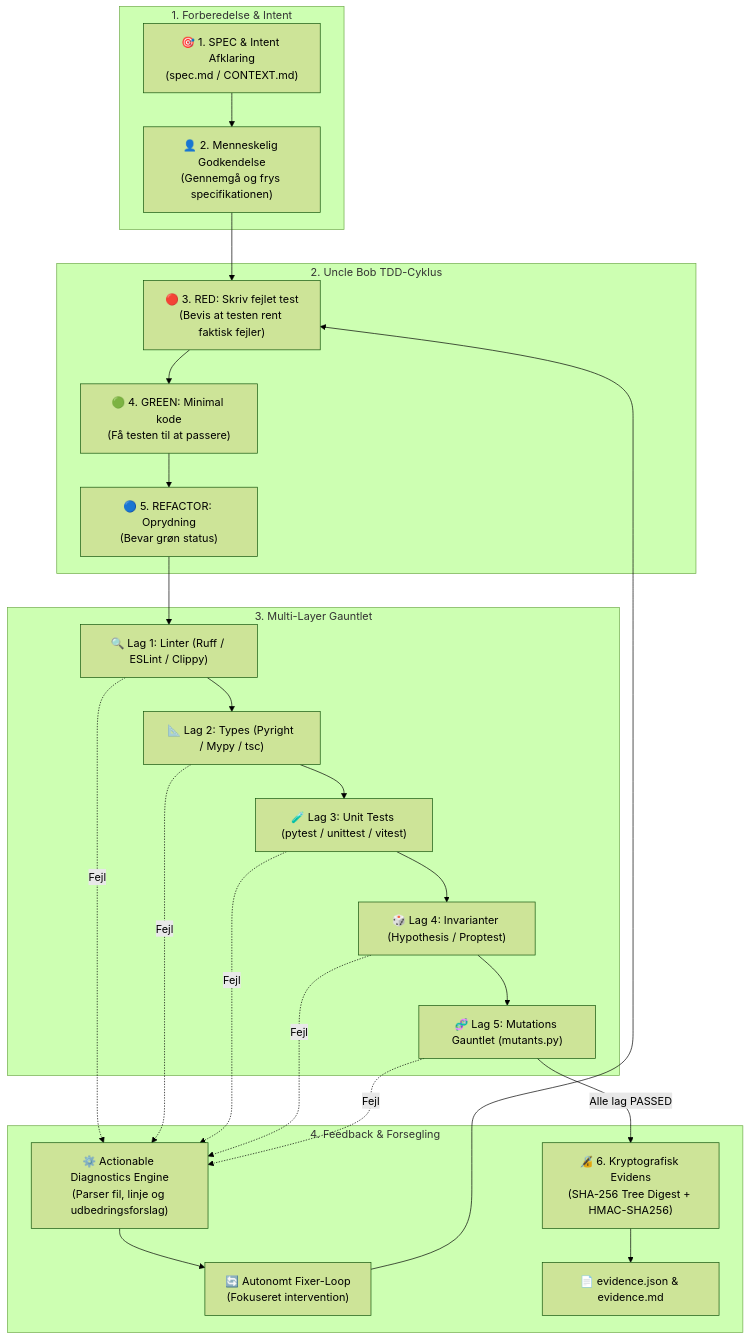
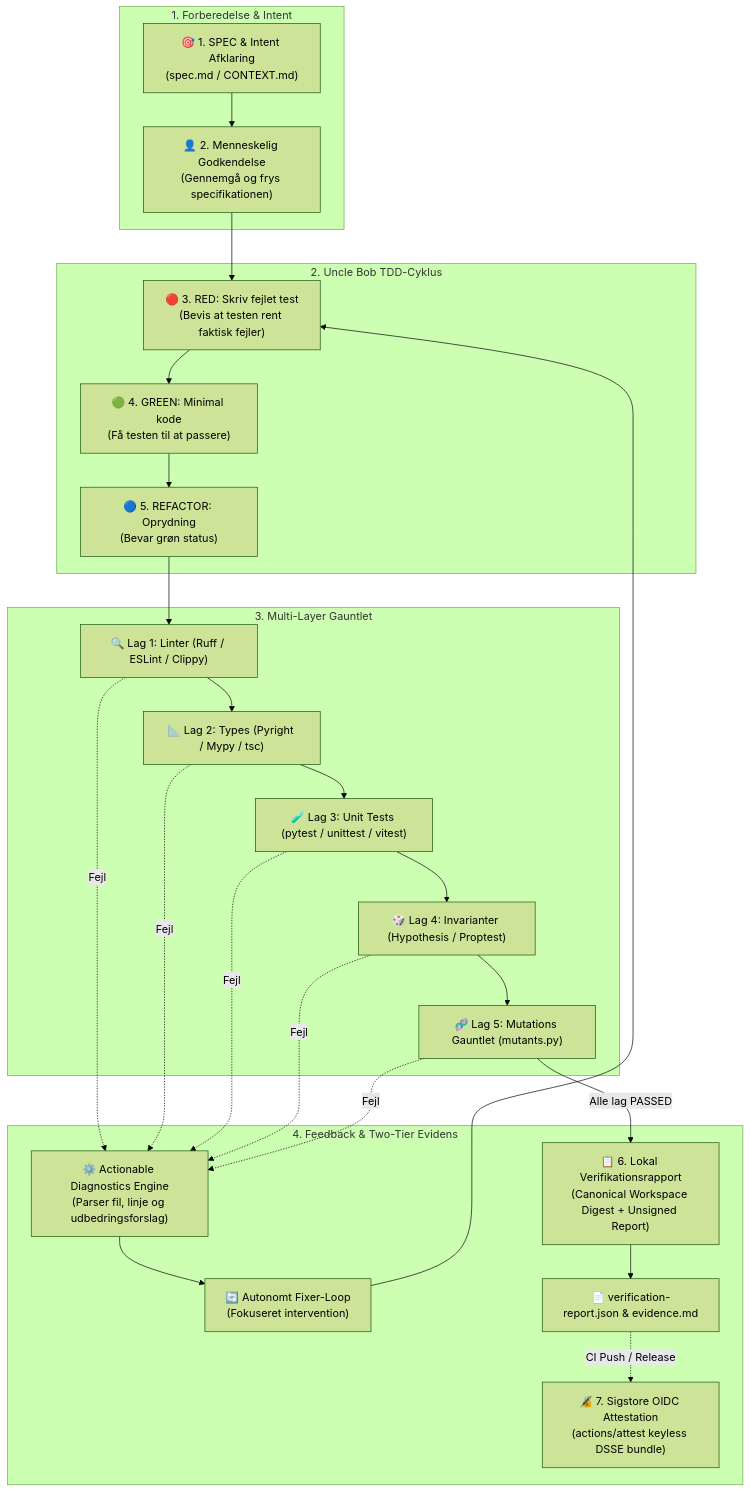
Before and after one commit to rolfmadsen/agent-gauntlet: the diagram in README.md, drawn with Mermaid (forest theme). The commit also changed other lines of this file and 67 other files, not shown here.

First line of the commit message:
feat(security): implement two-tier attestation, policy engine & quality gates

````diff
--- a/README.md
+++ b/README.md
@@ -36,33 +36,34 @@
 ```mermaid
 flowchart TD
     subgraph 1. Forberedelse & Intent
         Intent["🎯 1. SPEC & Intent Afklaring\n(spec.md / CONTEXT.md)"] --> Appr["👤 2. Menneskelig Godkendelse\n(Gennemgå og frys specifikationen)"]
     end
 
     subgraph 2. Uncle Bob TDD-Cyklus
         Appr --> Red["🔴 3. RED: Skriv fejlet test\n(Bevis at testen rent faktisk fejler)"]
         Red --> Green["🟢 4. GREEN: Minimal kode\n(Få testen til at passere)"]
         Green --> Refactor["🔵 5. REFACTOR: Oprydning\n(Bevar grøn status)"]
     end
 
     subgraph 3. Multi-Layer Gauntlet
         Refactor --> Layer1["🔍 Lag 1: Linter (Ruff / ESLint / Clippy)"]
         Layer1 --> Layer2["📐 Lag 2: Types (Pyright / Mypy / tsc)"]
         Layer2 --> Layer3["🧪 Lag 3: Unit Tests (pytest / unittest / vitest)"]
         Layer3 --> Layer4["🎲 Lag 4: Invarianter (Hypothesis / Proptest)"]
         Layer4 --> Layer5["🧬 Lag 5: Mutations Gauntlet (mutants.py)"]
     end
 
-    subgraph 4. Feedback & Forsegling
+    subgraph 4. Feedback & Two-Tier Evidens
         Layer1 -. Fejl .-> Diag["⚙️ Actionable Diagnostics Engine\n(Parser fil, linje og udbedringsforslag)"]
         Layer2 -. Fejl .-> Diag
         Layer3 -. Fejl .-> Diag
         Layer4 -. Fejl .-> Diag
         Layer5 -. Fejl .-> Diag
         Diag --> FixLoop["🔄 Autonomt Fixer-Loop\n(Fokuseret intervention)"]
         FixLoop --> Red
 
-        Layer5 -->|Alle lag PASSED| Seal["🔏 6. Kryptografisk Evidens\n(SHA-256 Tree Digest + HMAC-SHA256)"]
-        Seal --> Ledger["📄 evidence.json & evidence.md"]
+        Layer5 -->|Alle lag PASSED| Report["📋 6. Lokal Verifikationsrapport\n(Canonical Workspace Digest + Unsigned Report)"]
+        Report --> Ledger["📄 verification-report.json & evidence.md"]
+        Ledger -. CI Push / Release .-> Attest["🔏 7. Sigstore OIDC Attestation\n(actions/attest keyless DSSE bundle)"]
     end
 ```
````
